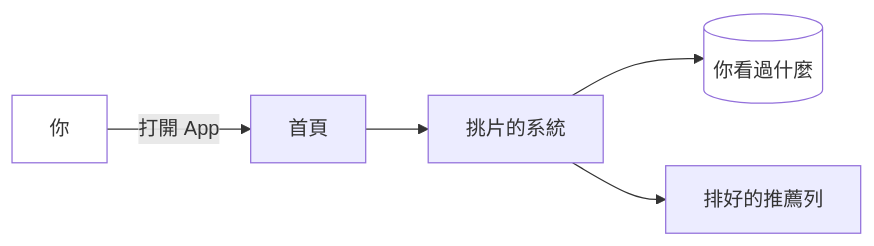
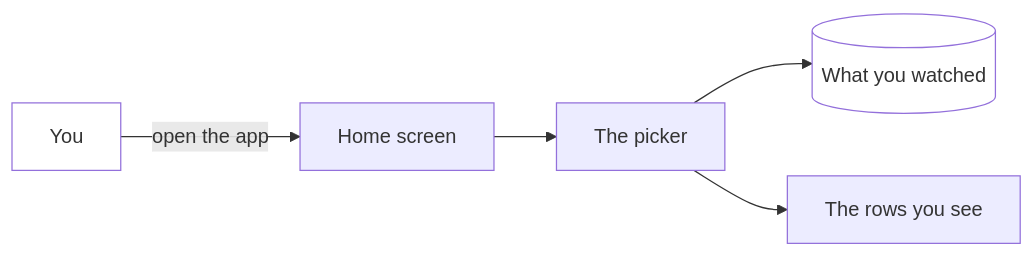
One commit to adiolk98/clean-diagram changed the diagram in examples/streaming-recs-plain.mmd. Above: the diagram before and after it, drawn with Mermaid. The commit also changed 8 other files, not shown here.

```diff
--- a/examples/streaming-recs-plain.mmd
+++ b/examples/streaming-recs-plain.mmd
@@ -1,14 +1,14 @@
 flowchart LR
-  You["你"]
-  Home["首頁"]
-  Picker["挑片的系統"]
-  History[("你看過什麼")]
-  Rows["排好的推薦列"]
-  You -->|"打開 App"| Home
+  You["You"]
+  Home["Home screen"]
+  Picker["The picker"]
+  History[("What you watched")]
+  Rows["The rows you see"]
+  You -->|"open the app"| Home
   Home --> Picker
   Picker --> History
   Picker --> Rows
   classDef entry fill:transparent
   classDef store fill:transparent
   class You entry
   class History store
```
